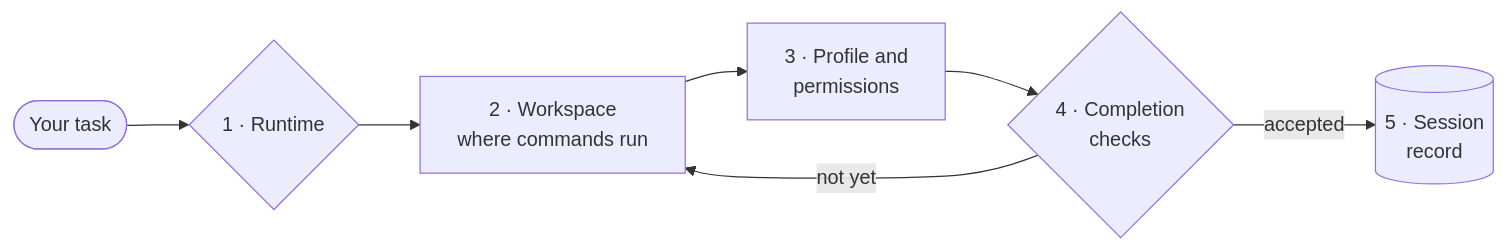
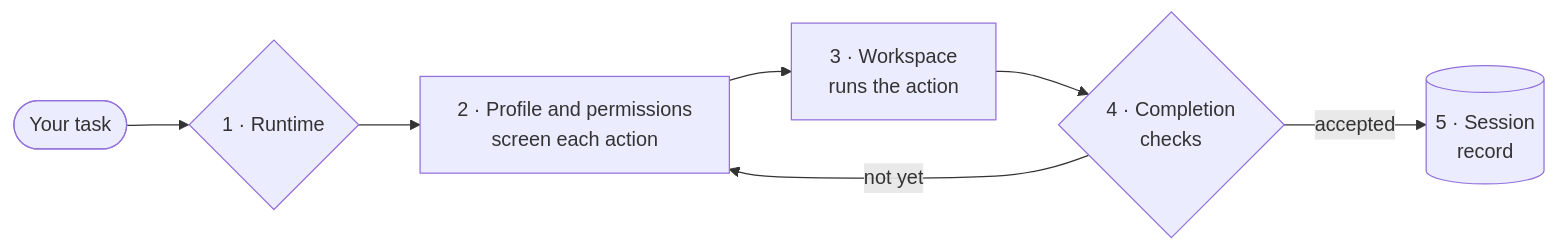
One commit to Darshan2104/Garuda-openagent changed the first of 2 diagrams in docs/guides/how-garuda-works.md. Above: the diagram before and after it, drawn with Mermaid. The commit also changed other lines of this file and 20 other files, not shown here.

````diff
--- a/docs/guides/how-garuda-works.md
+++ b/docs/guides/how-garuda-works.md
@@ -9,14 +9,14 @@
 ```mermaid
 flowchart LR
   task(["Your task"]) --> runtime{"1 · Runtime"}
-  runtime --> work["2 · Workspace<br/>where commands run"]
-  work --> perm["3 · Profile and<br/>permissions"]
-  perm --> checks{"4 · Completion<br/>checks"}
-  checks -- "not yet" --> work
+  runtime --> perm["2 · Profile and permissions<br/>screen each action"]
+  perm --> work["3 · Workspace<br/>runs the action"]
+  work --> checks{"4 · Completion<br/>checks"}
+  checks -- "not yet" --> perm
   checks -- accepted --> session[("5 · Session<br/>record")]
   click runtime "#1-runtime-who-does-the-work"
-  click work "#2-workspace-where-commands-run"
-  click perm "#3-profile-and-permissions-what-the-agent-may-do"
+  click perm "#2-profile-and-permissions-what-the-agent-may-do"
+  click work "#3-workspace-where-commands-run"
   click checks "#4-run-mode-when-work-counts-as-done"
   click session "#5-session-what-gets-recorded"
 ```
````
